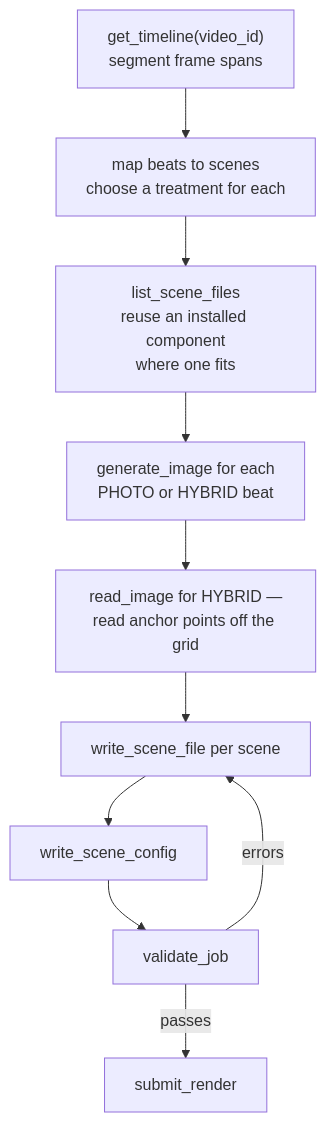
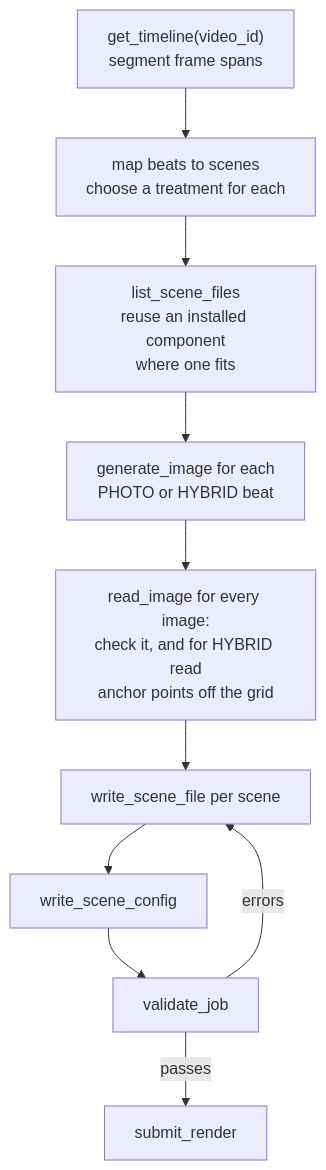
One commit to teja156/tubematic changed the second of 3 diagrams in docs/developer/10-scene-authoring.md. Above: the diagram before and after it, drawn with Mermaid. The commit also changed other lines of this file and 25 other files, not shown here.

````diff
--- a/docs/developer/10-scene-authoring.md
+++ b/docs/developer/10-scene-authoring.md
@@ -256,12 +266,12 @@
 ```mermaid
 flowchart TD
     T["get_timeline(video_id)<br/>segment frame spans"] --> M["map beats to scenes<br/>choose a treatment for each"]
     M --> L["list_scene_files<br/>reuse an installed component<br/>where one fits"]
     L --> I["generate_image for each<br/>PHOTO or HYBRID beat"]
-    I --> R["read_image for HYBRID —<br/>read anchor points off the grid"]
+    I --> R["read_image for every image:<br/>check it, and for HYBRID read<br/>anchor points off the grid"]
     R --> W["write_scene_file per scene"]
     W --> C["write_scene_config"]
     C --> V["validate_job"]
     V -->|errors| W
     V -->|passes| S["submit_render"]
 ```
````
